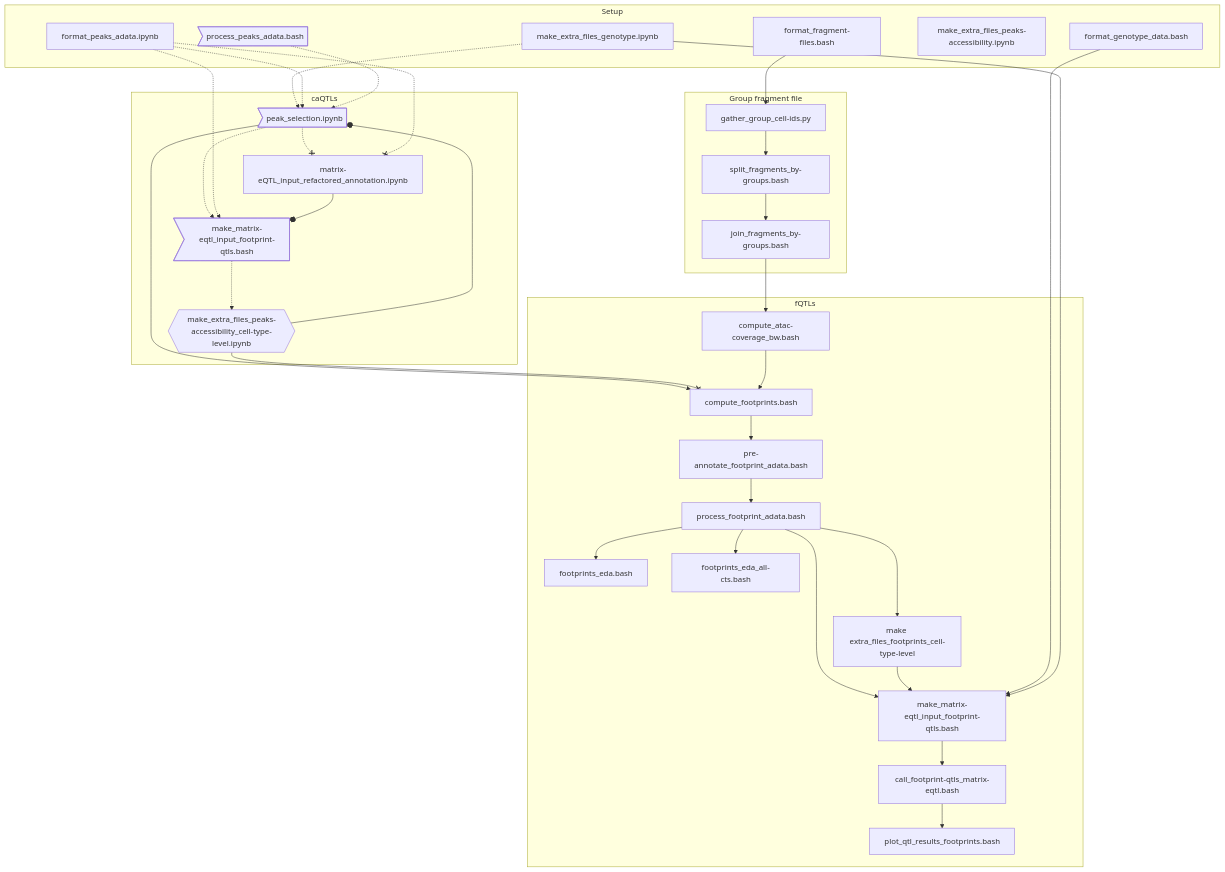
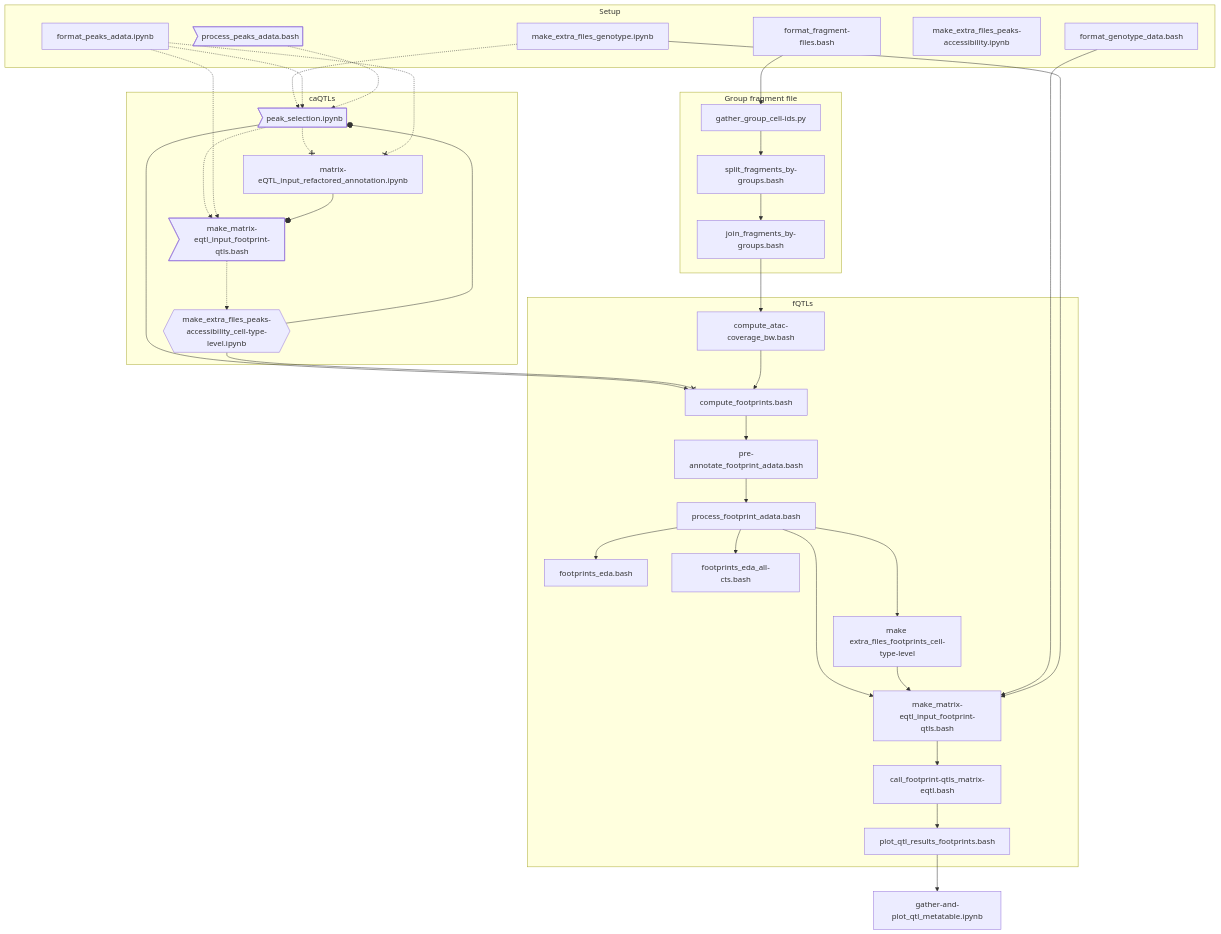
One commit to idf-io/footprintQTLs changed the diagram in README.md. Above: the diagram before and after it, drawn with Mermaid. The commit also changed 3 other files, not shown here.

````diff
--- a/README.md
+++ b/README.md
@@ -3,63 +3,66 @@
 ```mermaid
 flowchart TD
 
 subgraph Setup
 S1[format_genotype_data.bash]
 S2[make_extra_files_genotype.ipynb]
 S3[format_peaks_adata.ipynb]
 S4>process_peaks_adata.bash]
 S5[make_extra_files_peaks-accessibility.ipynb]
 S6[format_fragment-files.bash]
 end
 
 X1[gather_group_cell-ids.py]
 X2[split_fragments_by-groups.bash]
 X3[join_fragments_by-groups.bash]
 
 subgraph Group fragment file
 S6 --> X1
 X1 --> X2
 X2 --> X3
 end
 
 K>peak_selection.ipynb]
 L>make_matrix-eqtl_input_footprint-qtls.bash]
 L1[matrix-eQTL_input_refactored_annotation.ipynb]
 M{{make_extra_files_peaks-accessibility_cell-type-level.ipynb}}
 
 subgraph caQTLs
 S2 & S3 & S4 -.-> K
 K & S3 -.-> L
 K & S3 -.-x L1
 L1 --o L
 L -.-> M
 end
 
 K --> B
 M --x B
 M --o K
 
 A[compute_atac-coverage_bw.bash]
 B[compute_footprints.bash]
 C[pre-annotate_footprint_adata.bash]
 D[process_footprint_adata.bash]
 E[make extra_files_footprints_cell-type-level]
 D1[footprints_eda.bash]
 D2[footprints_eda_all-cts.bash]
 F[make_matrix-eqtl_input_footprint-qtls.bash]
 G[call_footprint-qtls_matrix-eqtl.bash]
 H[plot_qtl_results_footprints.bash]
 
 subgraph fQTLs
 X3 --> A
 A --> B
 B --> C
 C --> D
 D ---> E
 D --> D1 & D2
 D & E --> F
 S1 & S2 --> F
 F --> G
 G --> H
 end
+
+Z[gather-and-plot_qtl_metatable.ipynb]
+H --> Z
 ```
````
